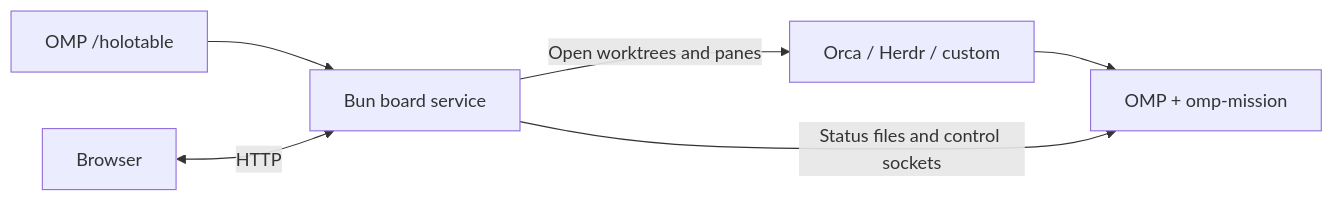
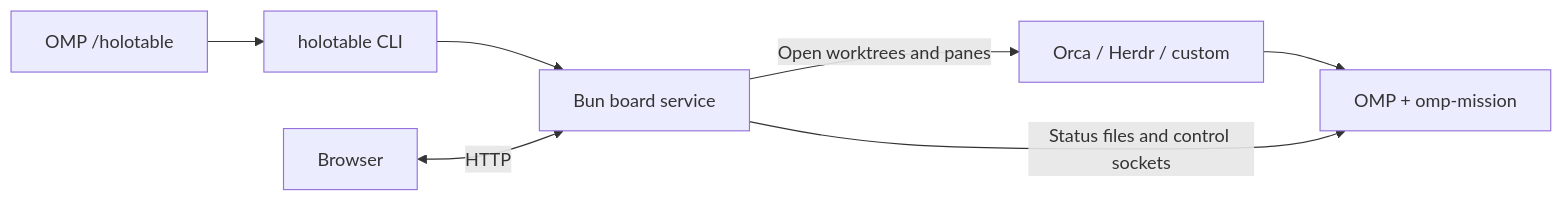
One commit to Shadorain/holotable changed the diagram in README.md. Above: the diagram before and after it, drawn with Mermaid. The commit also changed other lines of this file and 6 other files, not shown here.

Commit message:
feat(omp): route /holotable commands through the bundled CLI

````diff
--- a/README.md
+++ b/README.md
@@ -82,8 +82,8 @@
 ```mermaid
 flowchart LR
-  OMP["OMP /holotable"] --> Board["Bun board service"]
+  OMP["OMP /holotable"] --> CLI["holotable CLI"] --> Board["Bun board service"]
   Browser["Browser"] <-->|HTTP| Board
   Board -->|Open worktrees and panes| Frontend["Orca / Herdr / custom"]
   Frontend --> Mission["OMP + omp-mission"]
   Board -->|Status files and control sockets| Mission
 ```
````
